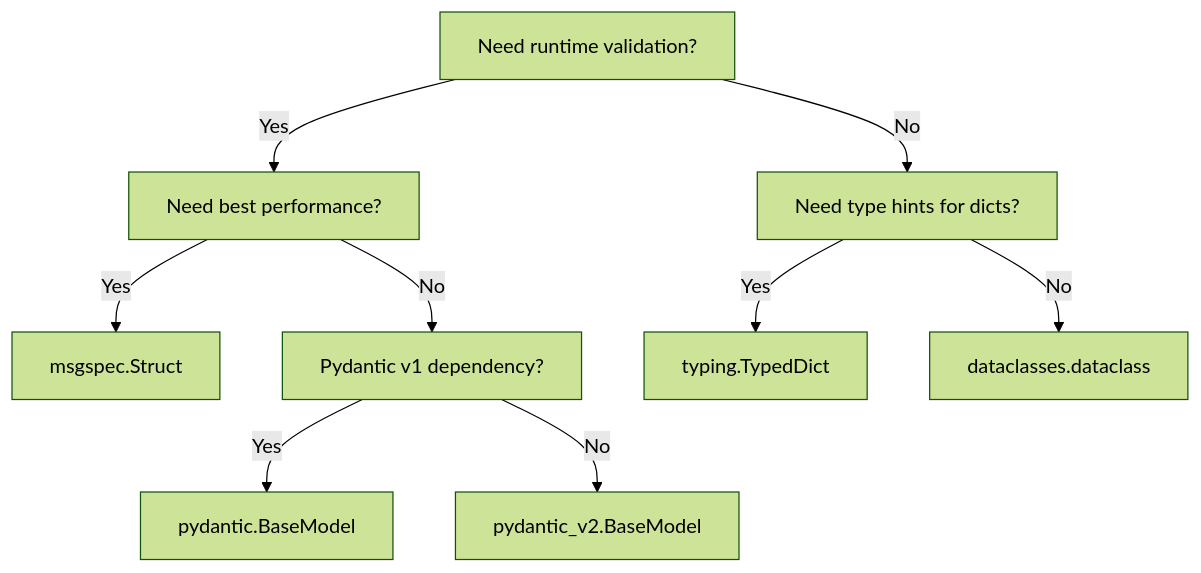
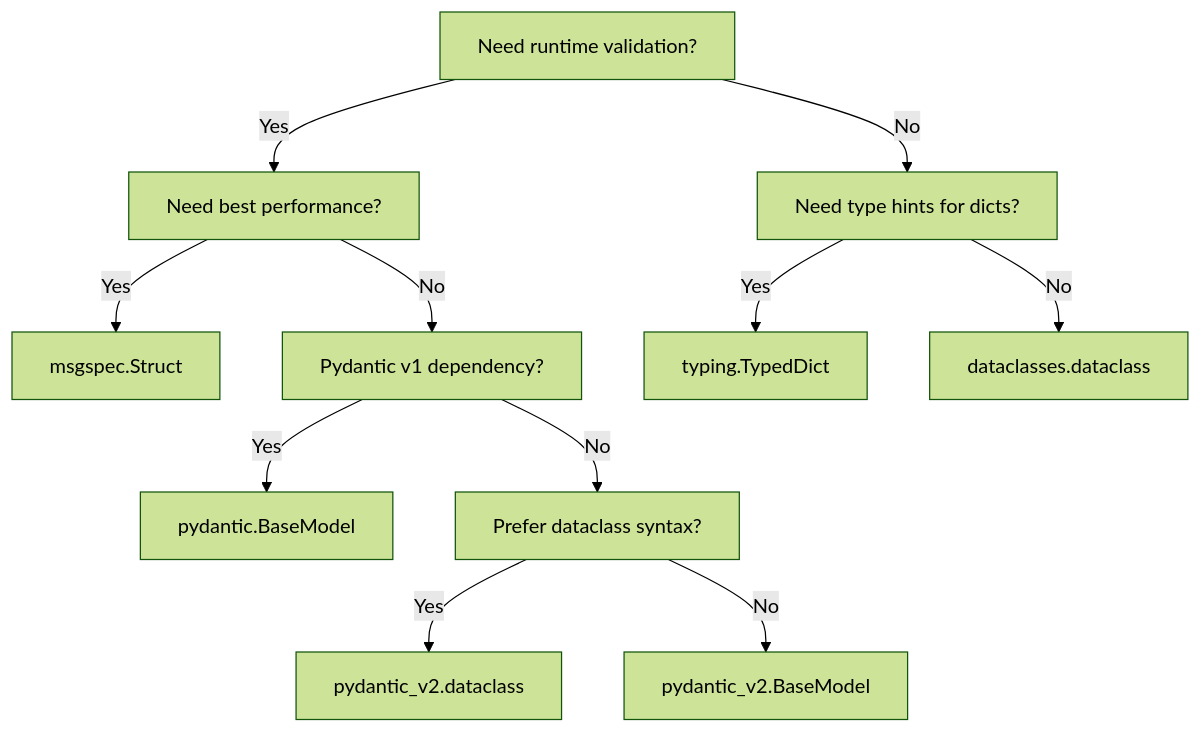
The diagram in docs/what_is_the_difference_between_v1_and_v2.md (koxudaxi/datamodel-code-generator), drawn with Mermaid (forest theme) before and after one commit. The commit also changed other lines of this file and 1 other file, not shown here.

Commit message:
Add pydantic_v2.dataclass to output model types documentation

````diff
--- a/docs/what_is_the_difference_between_v1_and_v2.md
+++ b/docs/what_is_the_difference_between_v1_and_v2.md
@@ -192,11 +222,13 @@
 ```mermaid
 graph TD
     A[Need runtime validation?] -->|Yes| B[Need best performance?]
     A -->|No| C[Need type hints for dicts?]
     B -->|Yes| D[msgspec.Struct]
     B -->|No| E[Pydantic v1 dependency?]
     E -->|Yes| F[pydantic.BaseModel]
-    E -->|No| G[pydantic_v2.BaseModel]
-    C -->|Yes| H[typing.TypedDict]
-    C -->|No| I[dataclasses.dataclass]
+    E -->|No| G[Prefer dataclass syntax?]
+    G -->|Yes| H[pydantic_v2.dataclass]
+    G -->|No| I[pydantic_v2.BaseModel]
+    C -->|Yes| J[typing.TypedDict]
+    C -->|No| K[dataclasses.dataclass]
 ```
````
